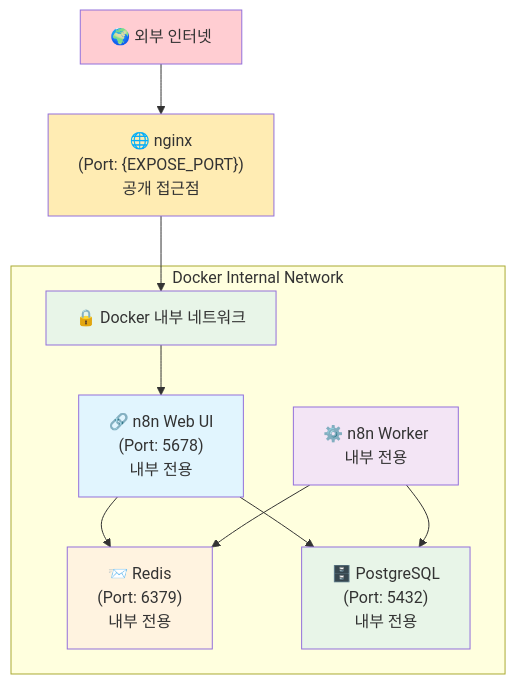
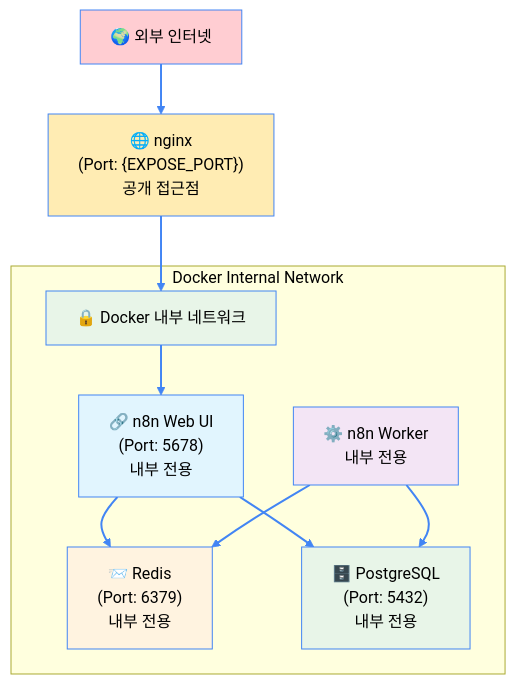
Before and after one commit to GzuPark/n8n-custom: the second of 5 diagrams in README.md, drawn with Mermaid. The commit also changed other lines of this file, not shown here.

Commit message:
Update README.md to change the text editor from nano to vim, enhance mermaid diagrams with color settings, and reorganize the PostgreSQL initialization script location.

````diff
--- a/README.md
+++ b/README.md
@@ -97,21 +98,30 @@
 ```mermaid
+%%{init: {'theme': 'base', 'themeVariables': { 'primaryColor': '#ff6b6b', 'primaryTextColor': '#000000', 'primaryBorderColor': '#4285f4', 'lineColor': '#4285f4', 'textColor': '#000000', 'background': '#ffffff', 'secondaryColor': '#006100', 'tertiaryColor': '#fff', 'edgeLabelBackground': '#ffffff', 'clusterBkg': '#ffffde', 'clusterBorder': '#aaaa33', 'defaultLinkColor': '#4285f4', 'titleColor': '#000000', 'edgeColor': '#4285f4'}}}%%
 graph TD
     A["🌍 외부 인터넷"] --> B["🌐 nginx<br/>(Port: {EXPOSE_PORT})<br/>공개 접근점"]
     B --> C["🔒 Docker 내부 네트워크"]
     
     subgraph "Docker Internal Network"
         C --> D["🔗 n8n Web UI<br/>(Port: 5678)<br/>내부 전용"]
         D --> E["📨 Redis<br/>(Port: 6379)<br/>내부 전용"]
         D --> F["🗄️ PostgreSQL<br/>(Port: 5432)<br/>내부 전용"]
         G["⚙️ n8n Worker<br/>내부 전용"] --> E
         G --> F
     end
     
-    style A fill:#ffcdd2
-    style B fill:#ffecb3
-    style C fill:#e8f5e8
-    style D fill:#e1f5fe
-    style E fill:#fff3e0
-    style F fill:#e8f5e8
-    style G fill:#f3e5f5
+    style A fill:#ffcdd2,color:#000000,stroke:#4285f4
+    style B fill:#ffecb3,color:#000000,stroke:#4285f4
+    style C fill:#e8f5e8,color:#000000,stroke:#4285f4
+    style D fill:#e1f5fe,color:#000000,stroke:#4285f4
+    style E fill:#fff3e0,color:#000000,stroke:#4285f4
+    style F fill:#e8f5e8,color:#000000,stroke:#4285f4
+    style G fill:#f3e5f5,color:#000000,stroke:#4285f4
+    
+    linkStyle 0 stroke:#4285f4,stroke-width:2px
+    linkStyle 1 stroke:#4285f4,stroke-width:2px
+    linkStyle 2 stroke:#4285f4,stroke-width:2px
+    linkStyle 3 stroke:#4285f4,stroke-width:2px
+    linkStyle 4 stroke:#4285f4,stroke-width:2px
+    linkStyle 5 stroke:#4285f4,stroke-width:2px
+    linkStyle 6 stroke:#4285f4,stroke-width:2px
 ```
````
